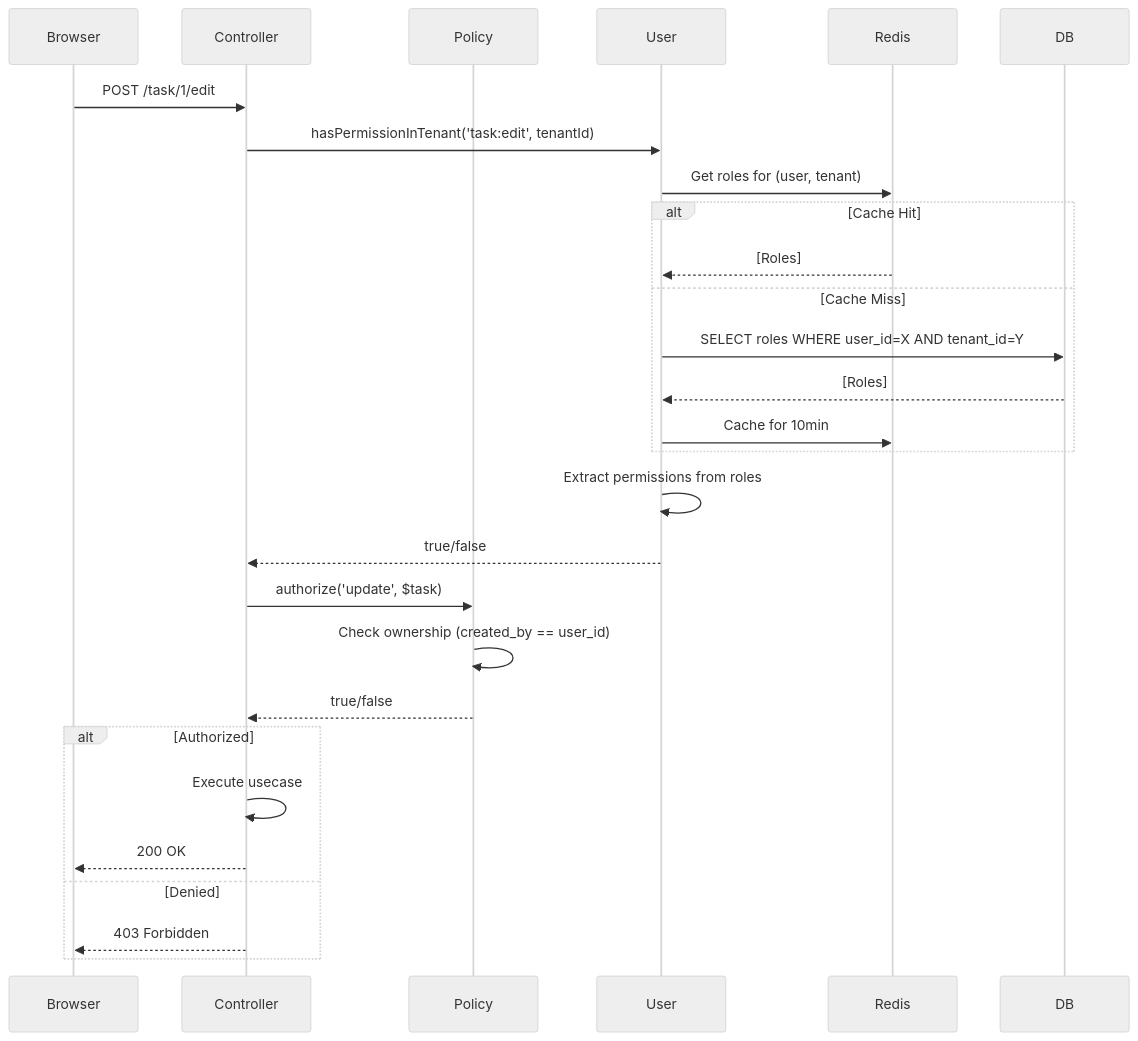
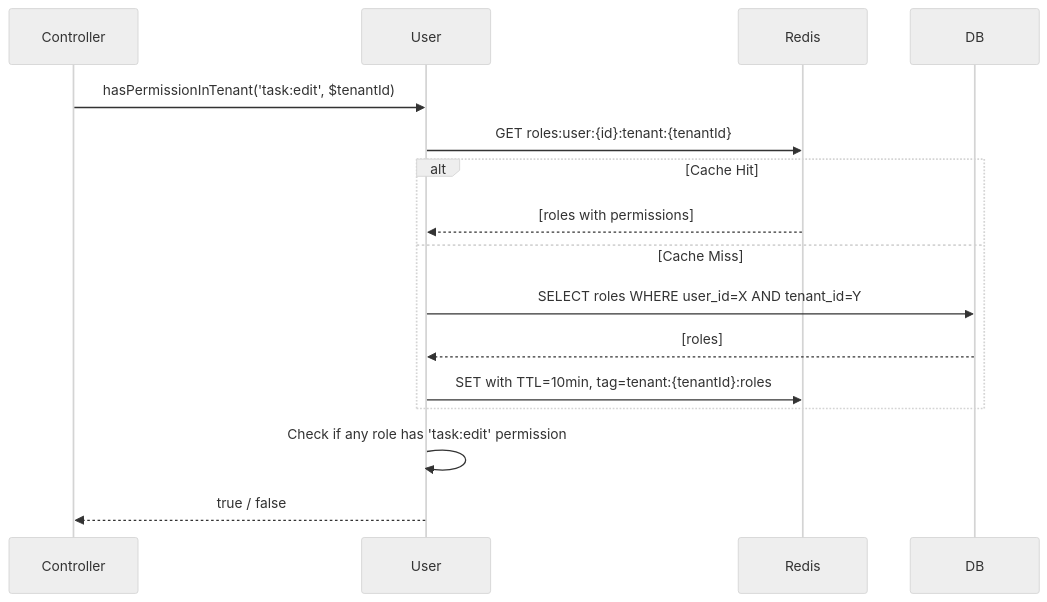
Before and after one commit to mypham773734/sass-dashboard-tenant-project: the fourth of 4 diagrams in docs/product/PERMISSION_RBAC/02-ARCHITECTURE.md, drawn with Mermaid (neutral theme). The commit also changed other lines of this file and 38 other files, not shown here.

````diff
--- a/docs/product/PERMISSION_RBAC/02-ARCHITECTURE.md
+++ b/docs/product/PERMISSION_RBAC/02-ARCHITECTURE.md
@@ -108,33 +98,19 @@
 ```mermaid
 sequenceDiagram
-    participant Browser
     participant Controller
-    participant Policy
     participant User
     participant Redis
     participant DB
-    
-    Browser->>Controller: POST /task/1/edit
-    Controller->>User: hasPermissionInTenant('task:edit', tenantId)
-    User->>Redis: Get roles for (user, tenant)
+
+    Controller->>User: hasPermissionInTenant('task:edit', $tenantId)
+    User->>Redis: GET roles:user:{id}:tenant:{tenantId}
     alt Cache Hit
-        Redis-->>User: [Roles]
+        Redis-->>User: [roles with permissions]
     else Cache Miss
         User->>DB: SELECT roles WHERE user_id=X AND tenant_id=Y
-        DB-->>User: [Roles]
-        User->>Redis: Cache for 10min
+        DB-->>User: [roles]
+        User->>Redis: SET with TTL=10min, tag=tenant:{tenantId}:roles
     end
-    User->>User: Extract permissions from roles
-    User-->>Controller: true/false
-    
-    Controller->>Policy: authorize('update', $task)
-    Policy->>Policy: Check ownership (created_by == user_id)
-    Policy-->>Controller: true/false
-    
-    alt Authorized
-        Controller->>Controller: Execute usecase
-        Controller-->>Browser: 200 OK
-    else Denied
-        Controller-->>Browser: 403 Forbidden
-    end
+    User->>User: Check if any role has 'task:edit' permission
+    User-->>Controller: true / false
 ```
````
